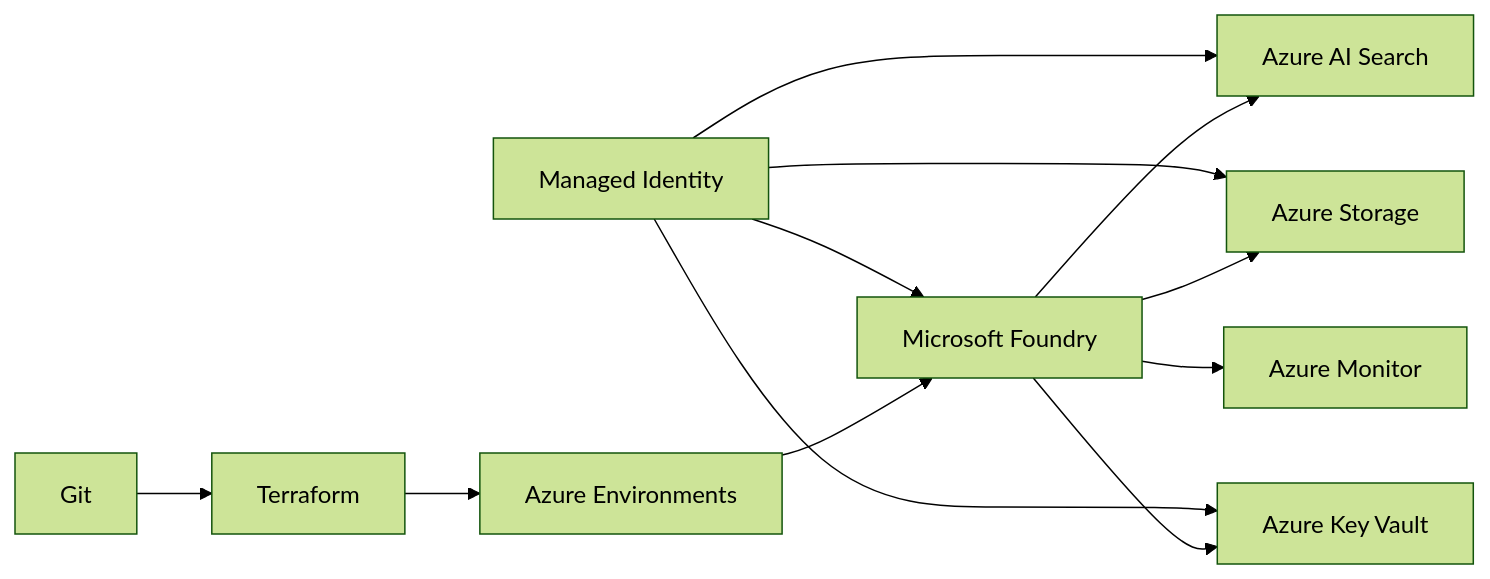
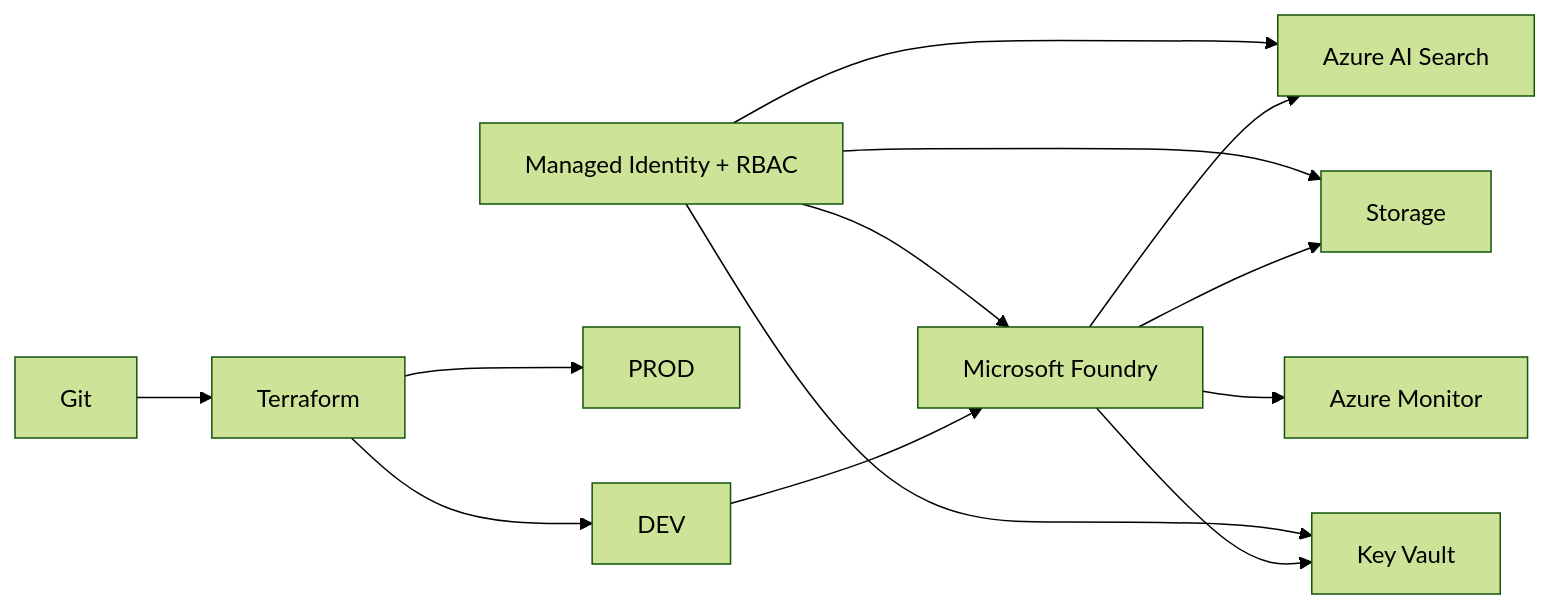
One commit to msellamiTN/data2ai-terraform-azure-foundry changed the first of 3 diagrams in docs/architecture/reference-platform.md. Above: the diagram before and after it, drawn with Mermaid (forest theme). The commit also changed other lines of this file and 7 other files, not shown here.

````diff
--- a/docs/architecture/reference-platform.md
+++ b/docs/architecture/reference-platform.md
@@ -5,14 +3,15 @@
 ```mermaid
 flowchart LR
-    G[Git] --> T[Terraform]
-    T --> E[Azure Environments]
-    E --> F[Microsoft Foundry]
-    F --> S[Azure AI Search]
-    F --> ST[Azure Storage]
-    F --> KV[Azure Key Vault]
-    F --> M[Azure Monitor]
-    MI[Managed Identity] --> F
-    MI --> S
-    MI --> ST
-    MI --> KV
+  G[Git] --> T[Terraform]
+  T --> D[DEV]
+  T --> P[PROD]
+  D --> F[Microsoft Foundry]
+  F --> S[Azure AI Search]
+  F --> ST[Storage]
+  F --> KV[Key Vault]
+  F --> MON[Azure Monitor]
+  ID[Managed Identity + RBAC] --> F
+  ID --> S
+  ID --> ST
+  ID --> KV
 ```
````
